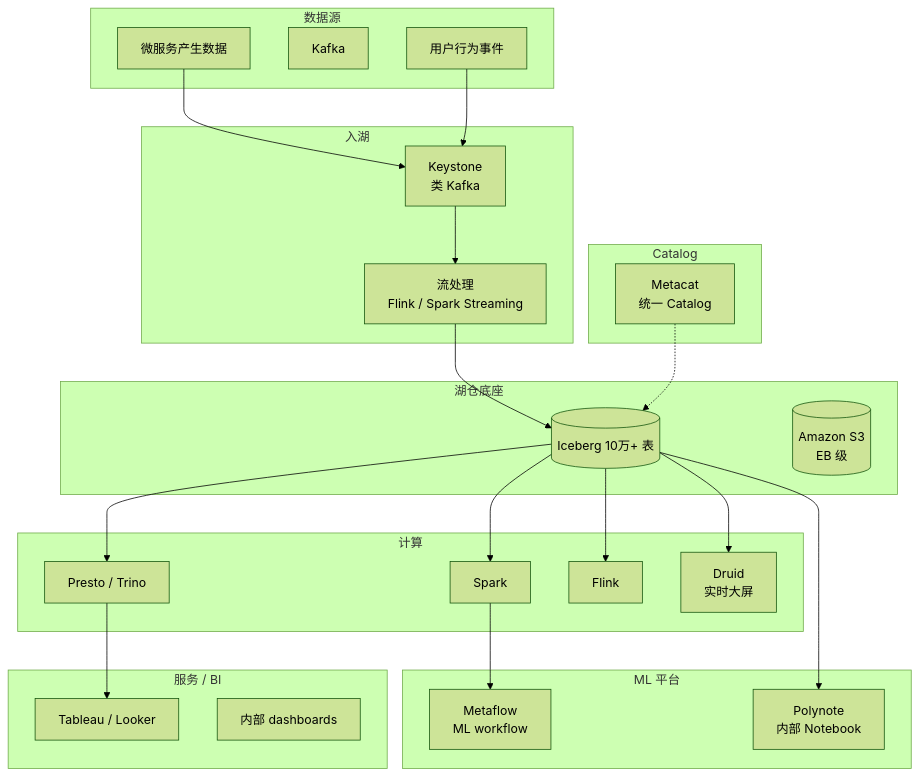
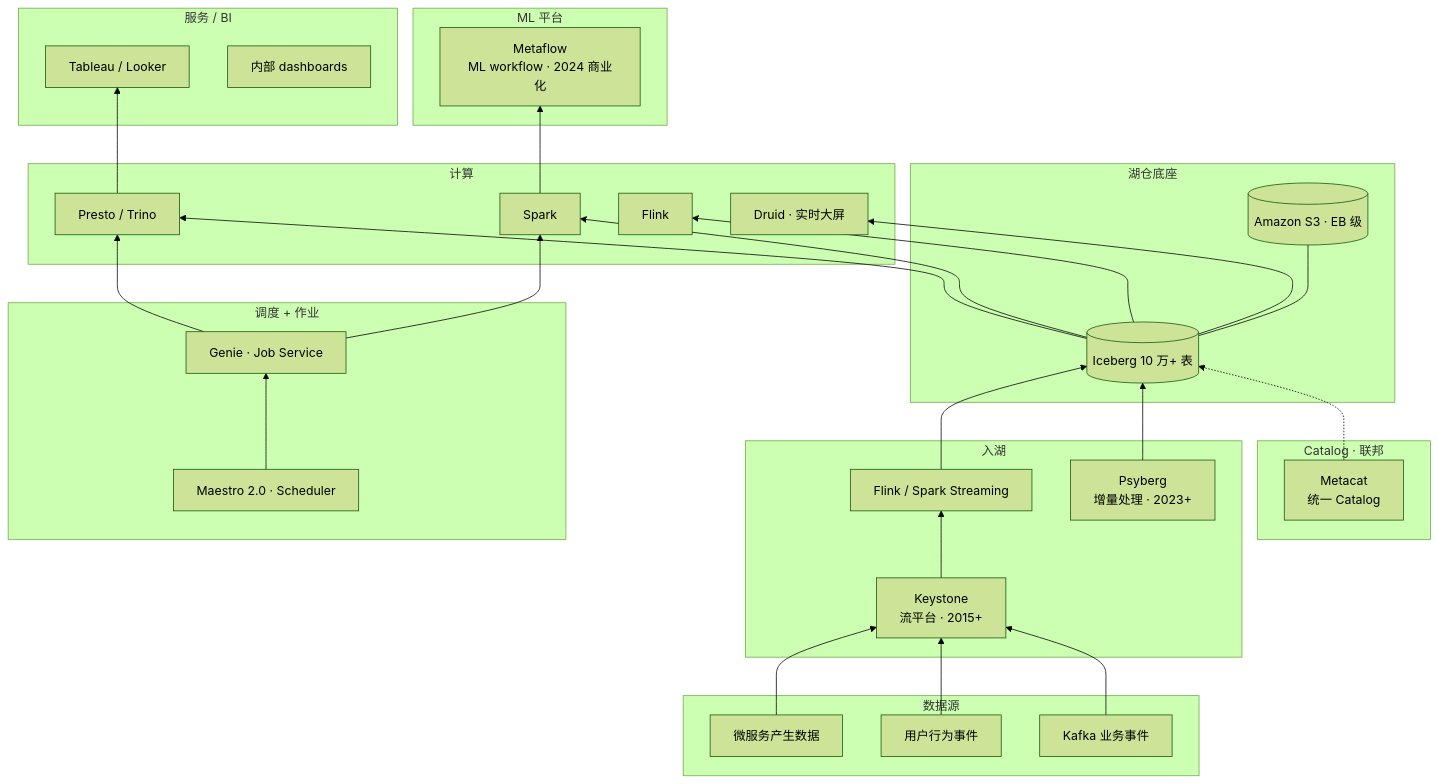
One commit to wangyong9999/lakehouse-wiki changed the diagram in docs/cases/netflix.md. Above: the diagram before and after it, drawn with Mermaid (forest theme). The commit also changed other lines of this file and 2 other files, not shown here.

````diff
--- a/docs/cases/netflix.md
+++ b/docs/cases/netflix.md
@@ -54,47 +67,55 @@
 ```mermaid
-flowchart TB
+flowchart BT
   subgraph "数据源"
     prod[微服务产生数据]
-    kafka[Kafka]
+    kafka_src[Kafka 业务事件]
     events[用户行为事件]
   end
 
   subgraph "入湖"
-    pulsar[Keystone<br/>类 Kafka]
-    stream[流处理<br/>Flink / Spark Streaming]
+    keystone[Keystone<br/>流平台 · 2015+]
+    flink[Flink / Spark Streaming]
+    psyberg[Psyberg<br/>增量处理 · 2023+]
   end
 
   subgraph "湖仓底座"
-    iceberg[(Iceberg 10万+ 表)]
-    s3[(Amazon S3<br/>EB 级)]
+    iceberg[(Iceberg 10 万+ 表)]
+    s3[(Amazon S3 · EB 级)]
+    iceberg --- s3
   end
 
-  subgraph "Catalog"
+  subgraph "Catalog · 联邦"
     metacat[Metacat<br/>统一 Catalog]
   end
 
   subgraph "计算"
     presto[Presto / Trino]
     spark[Spark]
-    flink[Flink]
-    druid[Druid<br/>实时大屏]
+    flink_compute[Flink]
+    druid[Druid · 实时大屏]
+  end
+
+  subgraph "调度 + 作业"
+    genie[Genie · Job Service]
+    maestro[Maestro 2.0 · Scheduler]
   end
 
   subgraph "ML 平台"
-    metaflow[Metaflow<br/>ML workflow]
-    notebook[Polynote<br/>内部 Notebook]
+    metaflow[Metaflow<br/>ML workflow · 2024 商业化]
   end
 
   subgraph "服务 / BI"
     tableau[Tableau / Looker]
     dashboards[内部 dashboards]
   end
 
-  prod & events --> pulsar --> stream
-  stream --> iceberg
+  prod & events & kafka_src --> keystone --> flink
+  flink --> iceberg
+  psyberg --> iceberg
   metacat -.-> iceberg
-  iceberg --> presto & spark & flink & druid
+  iceberg --> presto & spark & flink_compute & druid
   presto --> tableau
+  genie --> presto & spark
+  maestro --> genie
   spark --> metaflow
-  iceberg --> notebook
 ```
````
